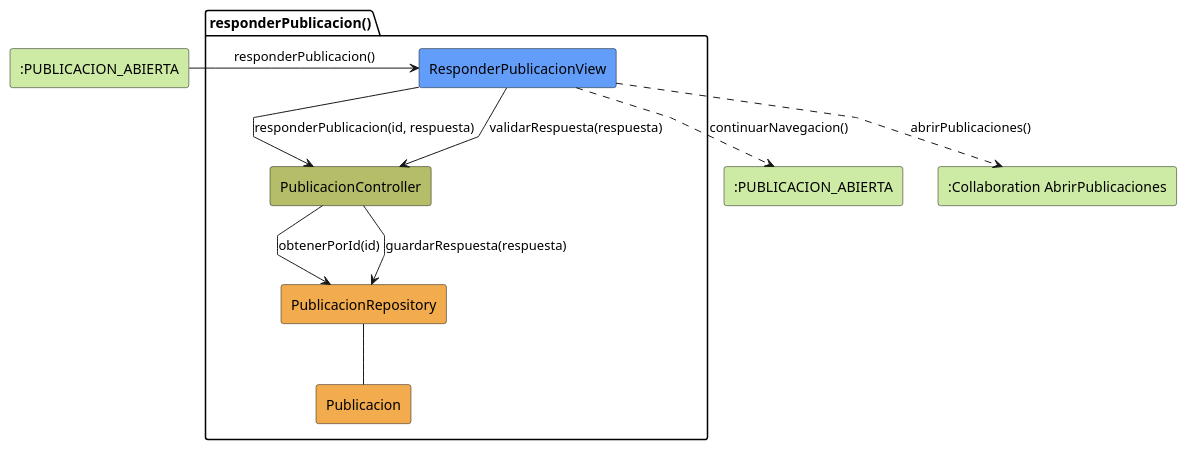
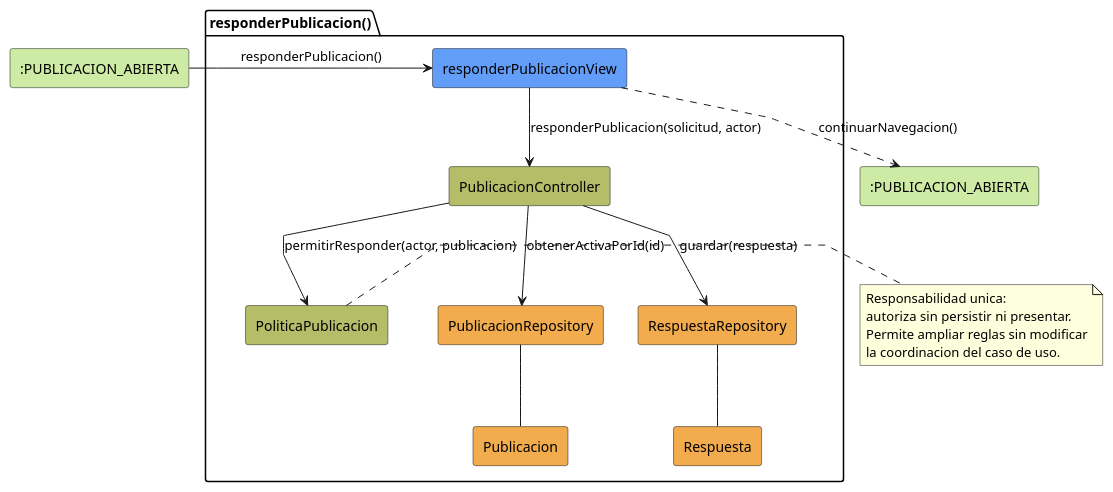
The diagram in RUP/01-analisis/casos-uso/investigador/responderPublicacion/colaboracion.puml (beatriizorozco/25-26-idsw2-sdVC), drawn with PlantUML before and after one commit. The commit also changed 99 other files, not shown here.

Commit message:
docs(analisis y diseño): bloque 8: publicaciones

```diff
--- a/RUP/01-analisis/casos-uso/investigador/responderPublicacion/colaboracion.puml
+++ b/RUP/01-analisis/casos-uso/investigador/responderPublicacion/colaboracion.puml
@@ -1,25 +1,31 @@
-@startuml responderPublicacion-analisis
+@startuml responderPublicacion-investigador-analisis
 skinparam linetype polyline
 
 rectangle #CDEBA5 ":PUBLICACION_ABIERTA" as EstadoEntrada
 package responderPublicacion as "responderPublicacion()" {
-    rectangle #629EF9 ResponderPublicacionView
+    rectangle #629EF9 "responderPublicacionView" as View
     rectangle #b5bd68 PublicacionController
+    rectangle #b5bd68 PoliticaPublicacion
     rectangle #F2AC4E PublicacionRepository
     rectangle #F2AC4E Publicacion
+    rectangle #F2AC4E RespuestaRepository
+    rectangle #F2AC4E Respuesta
 }
+rectangle #CDEBA5 ":PUBLICACION_ABIERTA" as EstadoSalida
 
-rectangle #CDEBA5 ":PUBLICACION_ABIERTA" as EstadoSalida
-rectangle #CDEBA5 ":Collaboration AbrirPublicaciones" as AbrirPublicaciones
+EstadoEntrada -r-> View: responderPublicacion()
+View -d-> PublicacionController: responderPublicacion(solicitud, actor)
+PublicacionController --> PublicacionRepository: obtenerActivaPorId(id)
+PublicacionController --> PoliticaPublicacion: permitirResponder(actor, publicacion)
+PublicacionController --> RespuestaRepository: guardar(respuesta)
+PublicacionRepository -- Publicacion
+RespuestaRepository -- Respuesta
+View ..> EstadoSalida: continuarNavegacion()
 
-EstadoEntrada -r-> ResponderPublicacionView: responderPublicacion()
-
-ResponderPublicacionView -d-> PublicacionController: responderPublicacion(id, respuesta)
-ResponderPublicacionView --> PublicacionController: validarRespuesta(respuesta)
-PublicacionController --> PublicacionRepository: obtenerPorId(id)
-PublicacionController --> PublicacionRepository: guardarRespuesta(respuesta)
-PublicacionRepository -- Publicacion
-ResponderPublicacionView ..> EstadoSalida: continuarNavegacion()
-ResponderPublicacionView ..> AbrirPublicaciones: abrirPublicaciones()
-
+note right of PoliticaPublicacion
+Responsabilidad unica:
+autoriza sin persistir ni presentar.
+Permite ampliar reglas sin modificar
+la coordinacion del caso de uso.
+end note
 @enduml
```
